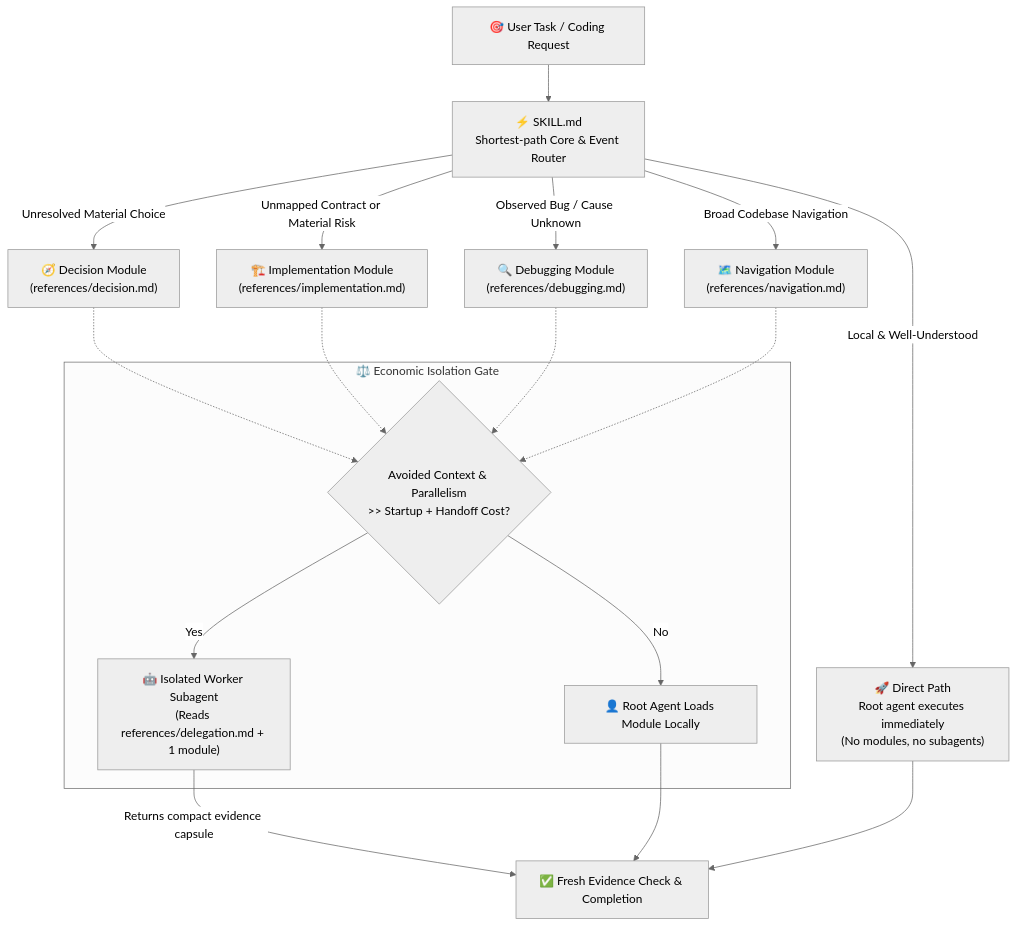
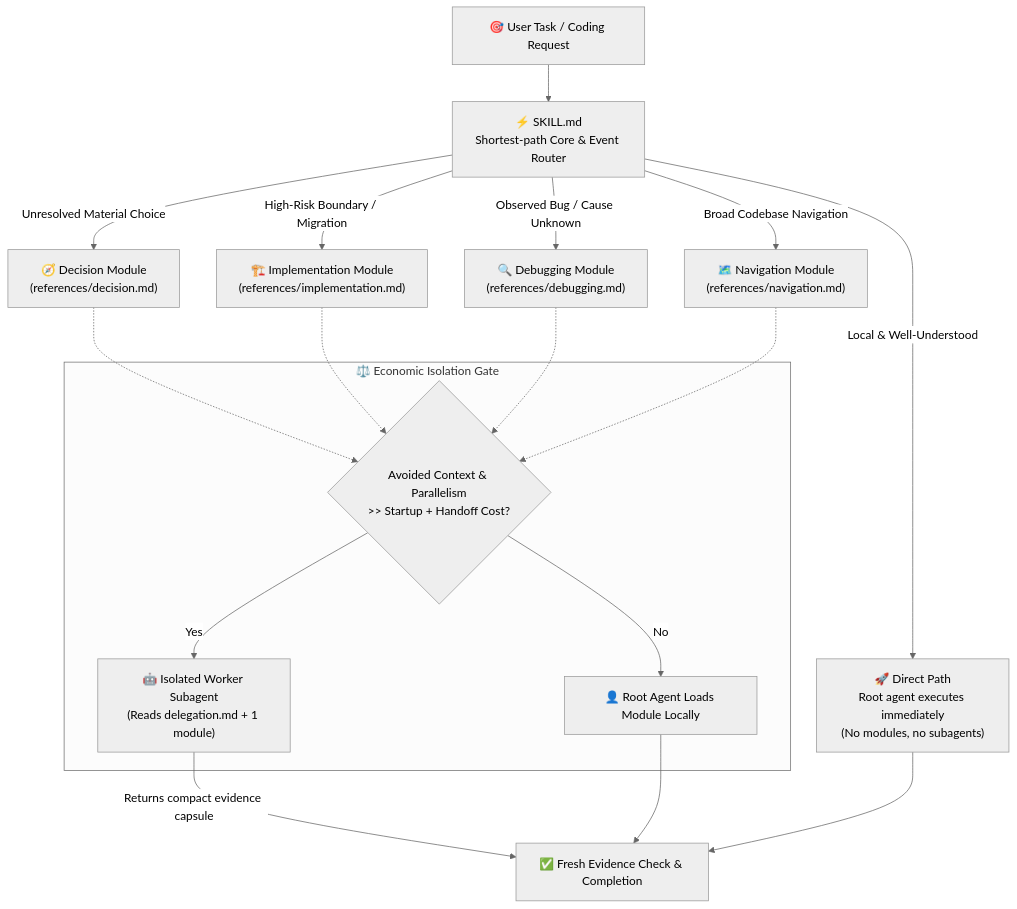
The diagram in README.md (Hubujiu/practical-coding), drawn with Mermaid (neutral theme) before and after one commit. The commit also changed other lines of this file and 1 other file, not shown here.

````diff
--- a/README.md
+++ b/README.md
@@ -125,24 +109,24 @@
 ```mermaid
 flowchart TB
     Task["🎯 User Task / Coding Request"] --> Core["⚡ SKILL.md<br/>Shortest-path Core & Event Router"]
 
     Core -->|"Local & Well-Understood"| Direct["🚀 Direct Path<br/>Root agent executes immediately<br/>(No modules, no subagents)"]
     Core -->|"Unresolved Material Choice"| D["🧭 Decision Module<br/>(references/decision.md)"]
-    Core -->|"Unmapped Contract or Material Risk"| I["🏗️ Implementation Module<br/>(references/implementation.md)"]
+    Core -->|"High-Risk Boundary / Migration"| I["🏗️ Implementation Module<br/>(references/implementation.md)"]
     Core -->|"Observed Bug / Cause Unknown"| G["🔍 Debugging Module<br/>(references/debugging.md)"]
     Core -->|"Broad Codebase Navigation"| E["🗺️ Navigation Module<br/>(references/navigation.md)"]
 
     subgraph IsolationGate["⚖️ Economic Isolation Gate"]
         IG{"Avoided Context & Parallelism<br/>>> Startup + Handoff Cost?"}
-        IG -->|"Yes"| Worker["🤖 Isolated Worker Subagent<br/>(Reads references/delegation.md + 1 module)"]
+        IG -->|"Yes"| Worker["🤖 Isolated Worker Subagent<br/>(Reads delegation.md + 1 module)"]
         IG -->|"No"| RootExec["👤 Root Agent Loads Module Locally"]
     end
 
     D -.-> IG
     I -.-> IG
     G -.-> IG
     E -.-> IG
     Worker -->|"Returns compact evidence capsule"| Done["✅ Fresh Evidence Check & Completion"]
     RootExec --> Done
     Direct --> Done
 ```
````
